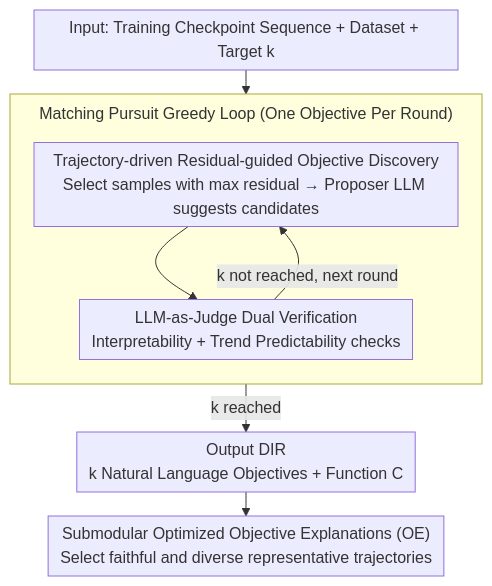
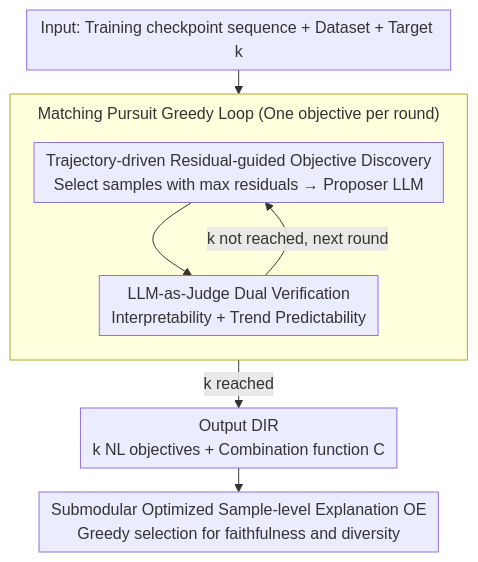
The diagram in docs/ICML2026/interpretability/discovering_implicit_large_language_model_alignment_objectives.md (zhaoyang97/Paper-Notes-en), drawn with Mermaid before and after one commit. The commit also changed other lines of this file and 5084 other files, not shown here.

````diff
--- a/docs/ICML2026/interpretability/discovering_implicit_large_language_model_alignment_objectives.md
+++ b/docs/ICML2026/interpretability/discovering_implicit_large_language_model_alignment_objectives.md
@@ -45,12 +45,12 @@
 ```mermaid
 %%{init: {'flowchart': {'rankSpacing': 24, 'nodeSpacing': 28, 'padding': 6, 'wrappingWidth': 400, 'subGraphTitleMargin': {'top': 8, 'bottom': 16}}}}%%
 flowchart TD
-    A["Input: Training Checkpoint Sequence + Dataset + Target k"] --> B
-    subgraph LOOP["Matching Pursuit Greedy Loop (One Objective Per Round)"]
+    A["Input: Training checkpoint sequence + Dataset + Target k"] --> B
+    subgraph LOOP["Matching Pursuit Greedy Loop (One objective per round)"]
         direction TB
-        B["Trajectory-driven Residual-guided Objective Discovery<br/>Select samples with max residual → Proposer LLM suggests candidates"] --> C["LLM-as-Judge Dual Verification<br/>Interpretability + Trend Predictability checks"]
+        B["Trajectory-driven Residual-guided Objective Discovery<br/>Select samples with max residuals → Proposer LLM"] --> C["LLM-as-Judge Dual Verification<br/>Interpretability + Trend Predictability"]
     end
     C -->|k not reached, next round| B
-    C -->|k reached| D["Output DIR<br/>k Natural Language Objectives + Function C"]
-    D --> E["Submodular Optimized Objective Explanations (OE)<br/>Select faithful and diverse representative trajectories"]
+    C -->|k reached| D["Output DIR<br/>k NL objectives + Combination function C"]
+    D --> E["Submodular Optimized Sample-level Explanation OE<br/>Greedy selection for faithfulness and diversity"]
 ```
````
